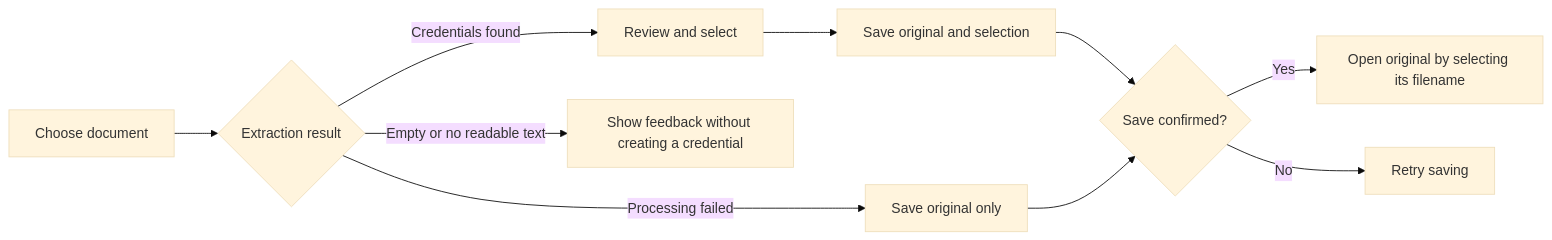
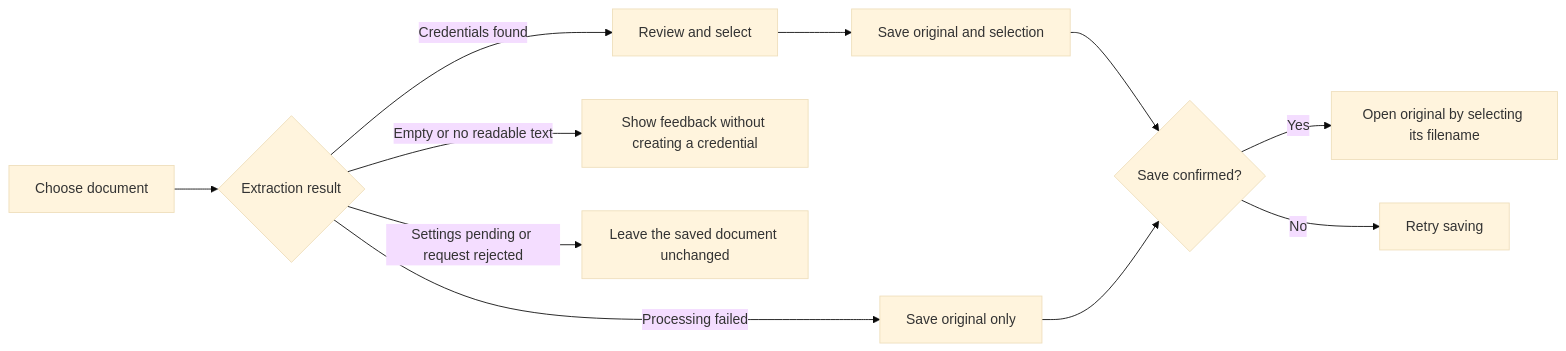
Before and after one commit to learningeconomy/LearnCard: the fourth of 6 diagrams in docs/apps/learn-card-app/README.md, drawn with Mermaid (base theme). The commit also changed other lines of this file and 12 other files, not shown here.

````diff
--- a/docs/apps/learn-card-app/README.md
+++ b/docs/apps/learn-card-app/README.md
@@ -100,12 +100,13 @@
 ```mermaid
 flowchart LR
     A[Choose document] --> B{Extraction result}
     B -->|Credentials found| C[Review and select]
     C --> D[Save original and selection]
     B -->|Empty or no readable text| J[Show feedback without creating a credential]
     B -->|Processing failed| E[Save original only]
+    B -->|Settings pending or request rejected| I[Leave the saved document unchanged]
     D --> F{Save confirmed?}
     E --> F
     F -->|Yes| G[Open original by selecting its filename]
     F -->|No| H[Retry saving]
 ```
````
